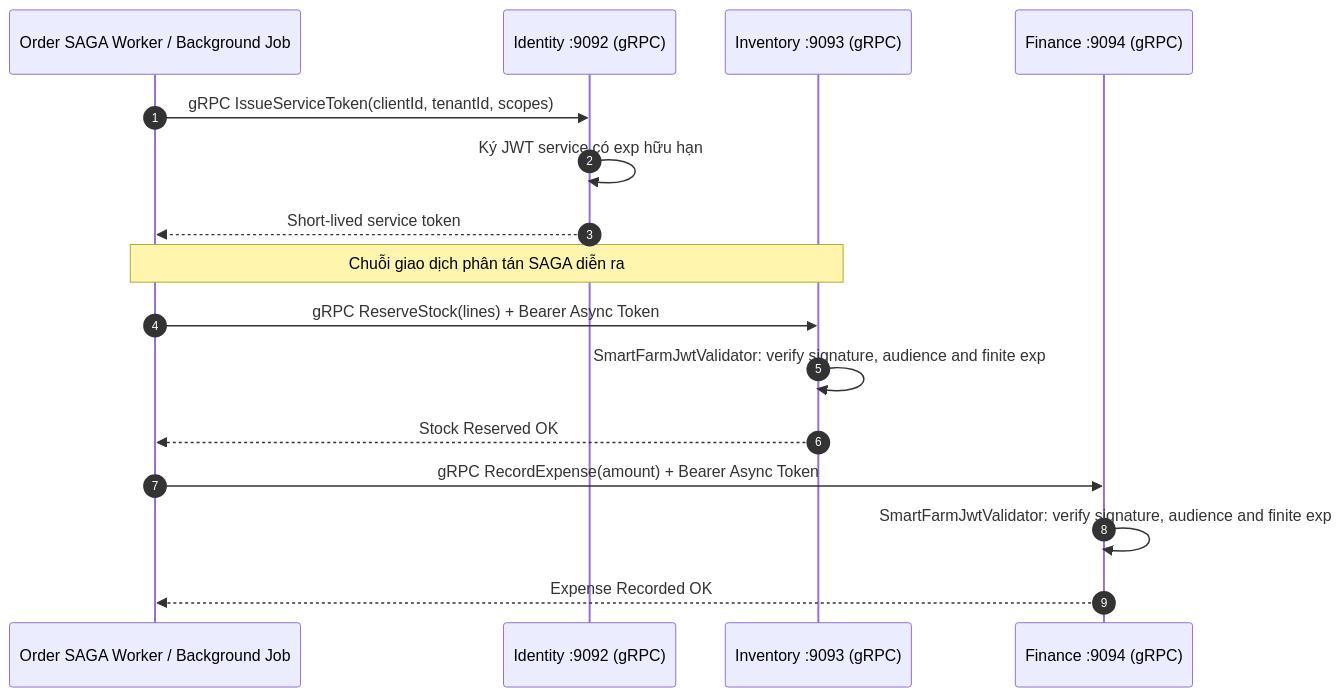
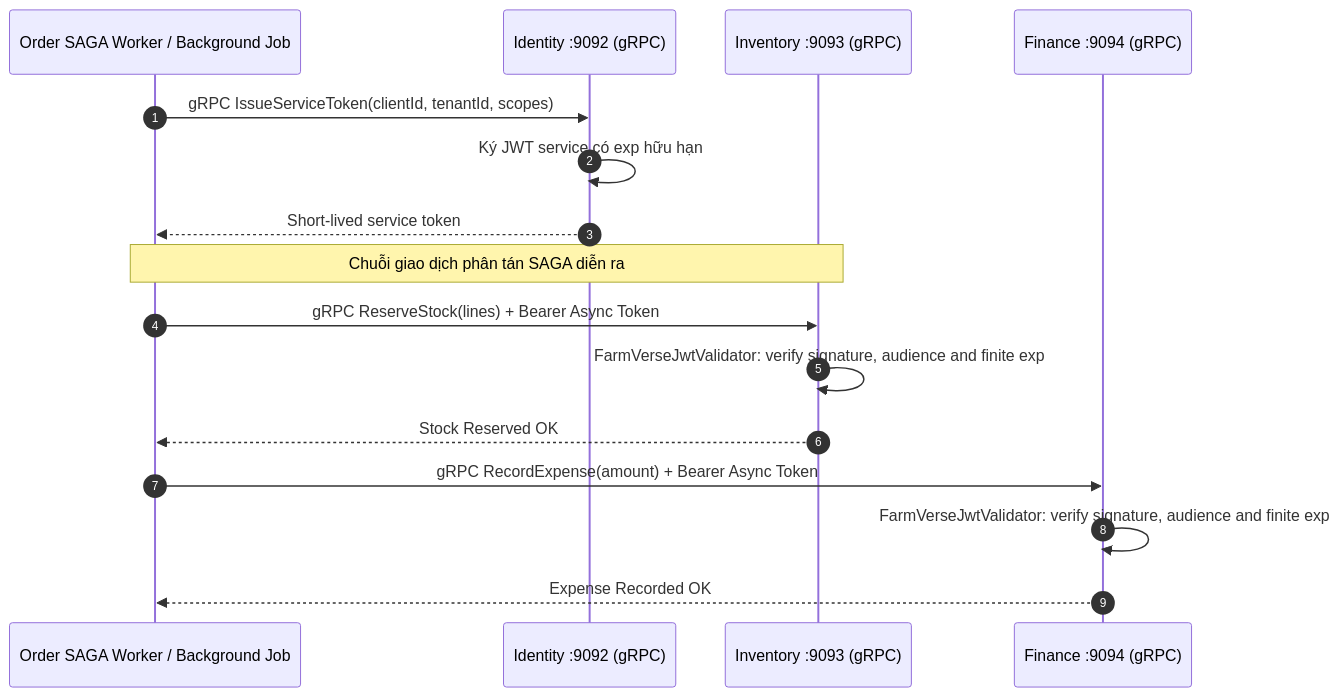
The third of 5 diagrams in docs/architecture/request-flows.md (hatrongvu13/smartfarm-platform-maven-starter), drawn with Mermaid before and after one commit. The commit also changed other lines of this file and 1490 other files, not shown here.

First line of the commit message:
chore: FarmVerse level 0 - rename and prune

````diff
--- a/docs/architecture/request-flows.md
+++ b/docs/architecture/request-flows.md
@@ -73,21 +73,21 @@
 ```mermaid
 sequenceDiagram
   autonumber
   participant W as Order SAGA Worker / Background Job
   participant ID as Identity :9092 (gRPC)
   participant INV as Inventory :9093 (gRPC)
   participant FIN as Finance :9094 (gRPC)
 
   W->>ID: gRPC IssueServiceToken(clientId, tenantId, scopes)
   ID->>ID: Ký JWT service có exp hữu hạn
   ID-->>W: Short-lived service token
 
   Note over W,INV: Chuỗi giao dịch phân tán SAGA diễn ra
   W->>INV: gRPC ReserveStock(lines) + Bearer Async Token
-  INV->>INV: SmartFarmJwtValidator: verify signature, audience and finite exp
+  INV->>INV: FarmVerseJwtValidator: verify signature, audience and finite exp
   INV-->>W: Stock Reserved OK
 
   W->>FIN: gRPC RecordExpense(amount) + Bearer Async Token
-  FIN->>FIN: SmartFarmJwtValidator: verify signature, audience and finite exp
+  FIN->>FIN: FarmVerseJwtValidator: verify signature, audience and finite exp
   FIN-->>W: Expense Recorded OK
 ```
````
